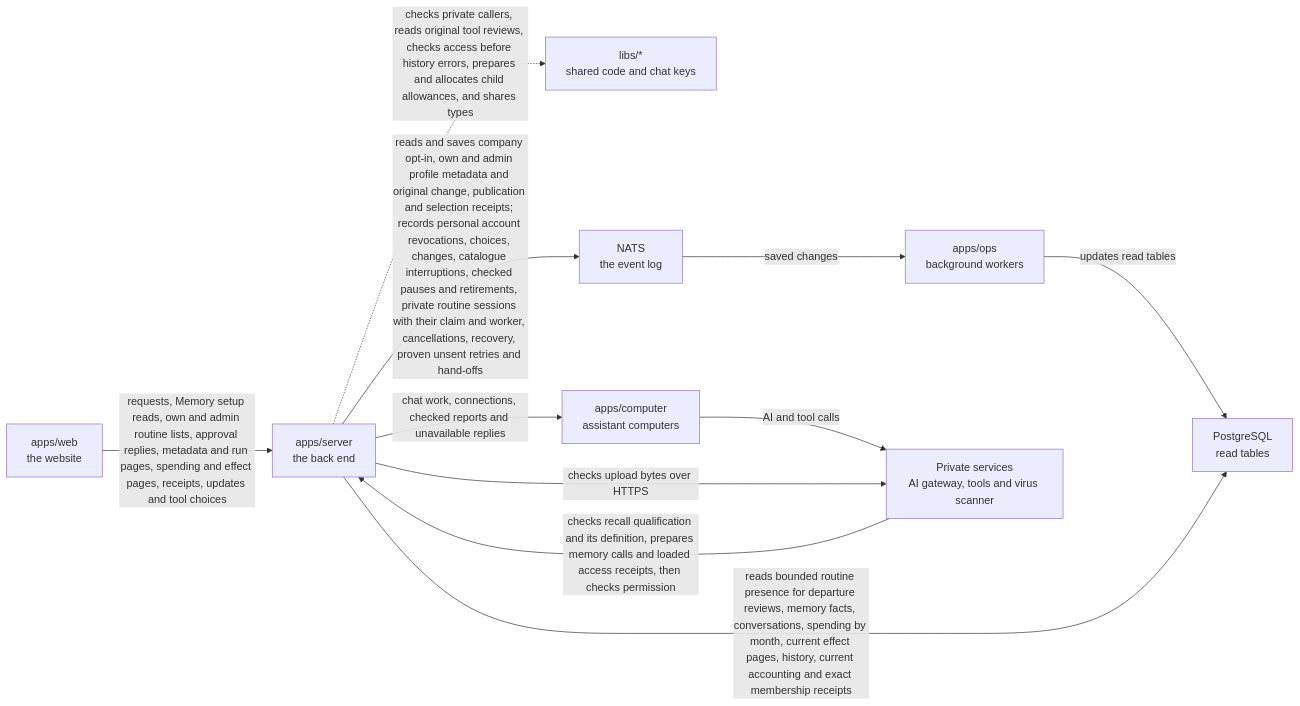
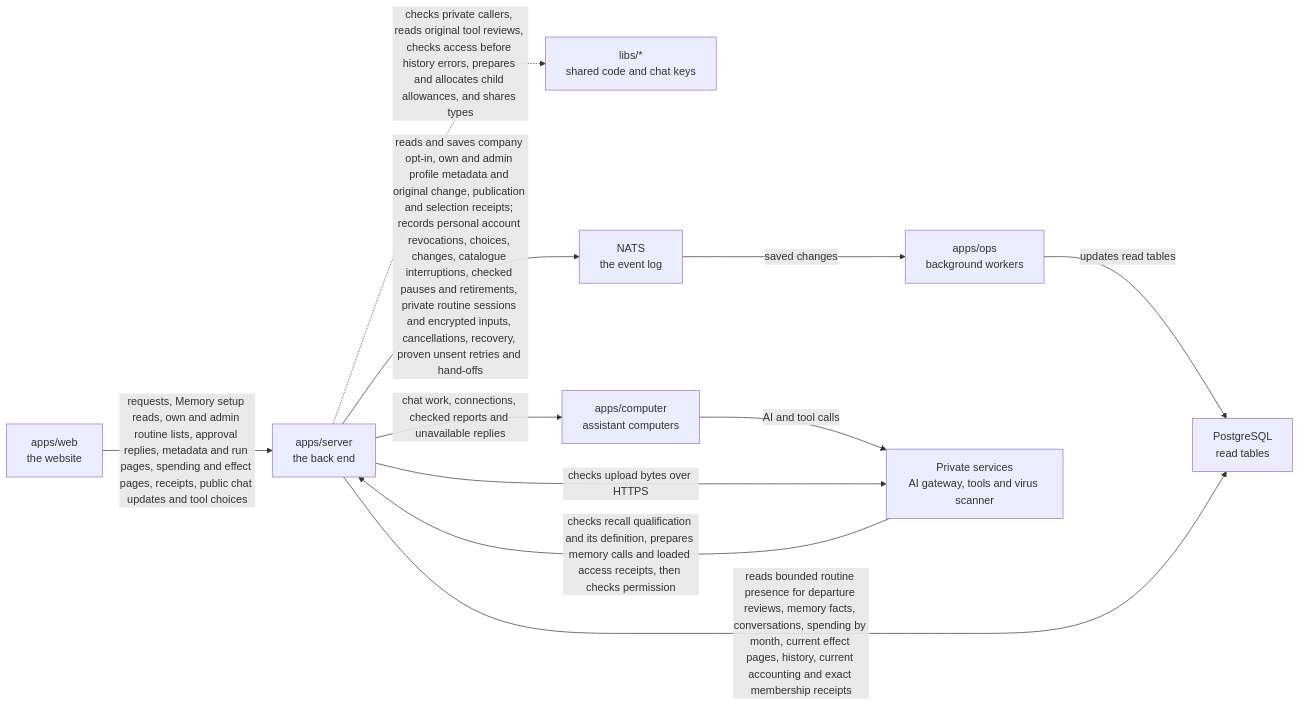
One commit to elewa-git/opencrane-new changed the diagram in apps/server/README.md. Above: the diagram before and after it, drawn with Mermaid. The commit also changed other lines of this file and 14 other files, not shown here.

First line of the commit message:
🔒 One encrypted routine input is prepared per claimed occurrence and never shown on public reads (#747)

````diff
--- a/apps/server/README.md
+++ b/apps/server/README.md
@@ -86,13 +92,13 @@
 ```mermaid
 flowchart LR
-  web["apps/web<br/>the website"] -->|requests, Memory setup reads, own and admin routine lists, approval replies, metadata and run pages, spending and effect pages, receipts, updates and tool choices| server["apps/server<br/>the back end"]
+  web["apps/web<br/>the website"] -->|requests, Memory setup reads, own and admin routine lists, approval replies, metadata and run pages, spending and effect pages, receipts, public chat updates and tool choices| server["apps/server<br/>the back end"]
   server -.->|checks private callers, reads original tool reviews, checks access before history errors, prepares and allocates child allowances, and shares types| libs["libs/*<br/>shared code and chat keys"]
-  server -->|reads and saves company opt-in, own and admin profile metadata and original change, publication and selection receipts; records personal account revocations, choices, changes, catalogue interruptions, checked pauses and retirements, private routine sessions with their claim and worker, cancellations, recovery, proven unsent retries and hand-offs| nats["NATS<br/>the event log"]
+  server -->|reads and saves company opt-in, own and admin profile metadata and original change, publication and selection receipts; records personal account revocations, choices, changes, catalogue interruptions, checked pauses and retirements, private routine sessions and encrypted inputs, cancellations, recovery, proven unsent retries and hand-offs| nats["NATS<br/>the event log"]
   nats -->|saved changes| ops["apps/ops<br/>background workers"]
   ops -->|updates read tables| postgres["PostgreSQL<br/>read tables"]
   server -->|reads bounded routine presence for departure reviews, memory facts, conversations, spending by month, current effect pages, history, current accounting and exact membership receipts| postgres
   server -->|chat work, connections, checked reports and unavailable replies| computer["apps/computer<br/>assistant computers"]
   computer -->|AI and tool calls| runtime["Private services<br/>AI gateway, tools and virus scanner"]
   server -->|checks upload bytes over HTTPS| runtime
   runtime -->|checks recall qualification and its definition, prepares memory calls and loaded access receipts, then checks permission| server
 ```
````
